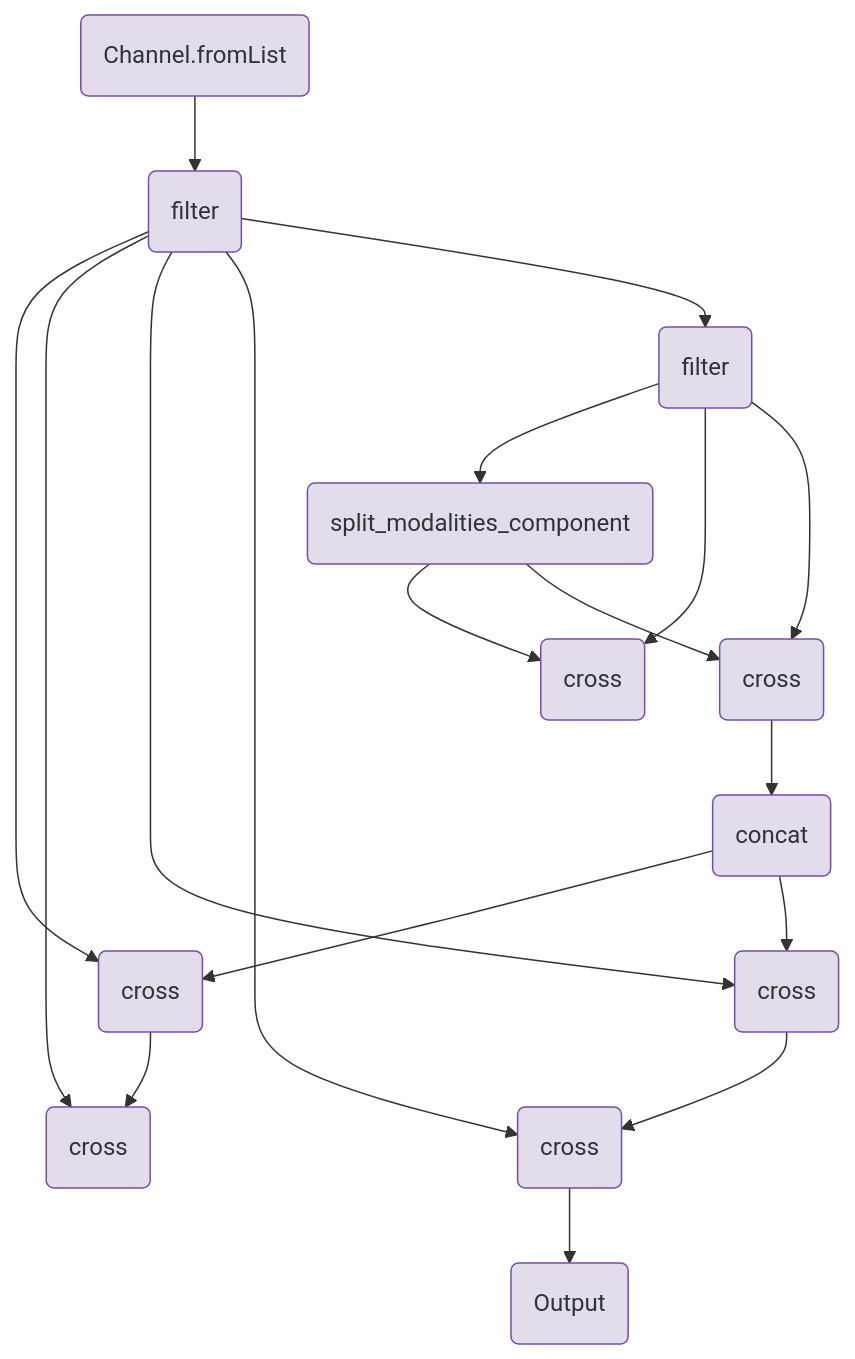
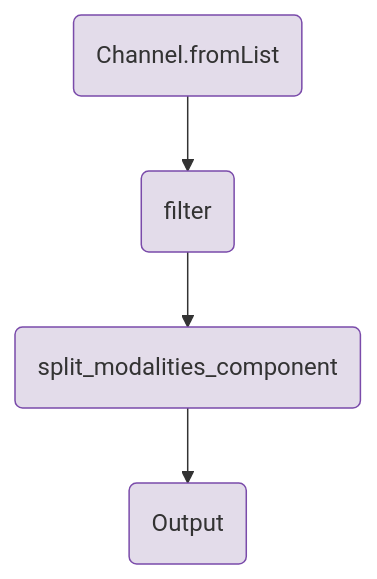
Before and after one commit to openpipelines-bio/website: the diagram in components/workflows/multiomics/split_modalities.qmd, drawn with Mermaid. The commit also changed other lines of this file and 144 other files, not shown here.

````diff
--- a/components/workflows/multiomics/split_modalities.qmd
+++ b/components/workflows/multiomics/split_modalities.qmd
@@ -95,45 +93,15 @@
 ```{mermaid}
 flowchart TB
     v0(Channel.fromList)
     v2(filter)
-    v13(filter)
     v18(split_modalities_component)
-    v25(cross)
-    v35(cross)
-    v45(concat)
-    v52(cross)
-    v59(cross)
-    v71(cross)
-    v78(cross)
-    v82(Output)
+    v51(Output)
     v0-->v2
-    v13-->v18
-    v18-->v25
-    v13-->v25
-    v13-->v35
-    v45-->v52
-    v2-->v52
-    v52-->v59
-    v2-->v59
-    v2-->v71
-    v71-->v78
-    v2-->v78
-    v78-->v82
-    v2-->v13
-    v35-->v45
-    v18-->v35
-    v45-->v71
+    v2-->v18
+    v18-->v51
     style v0 fill:#e3dcea,stroke:#7a4baa;
     style v2 fill:#e3dcea,stroke:#7a4baa;
-    style v13 fill:#e3dcea,stroke:#7a4baa;
     style v18 fill:#e3dcea,stroke:#7a4baa;
-    style v25 fill:#e3dcea,stroke:#7a4baa;
-    style v35 fill:#e3dcea,stroke:#7a4baa;
-    style v45 fill:#e3dcea,stroke:#7a4baa;
-    style v52 fill:#e3dcea,stroke:#7a4baa;
-    style v59 fill:#e3dcea,stroke:#7a4baa;
-    style v71 fill:#e3dcea,stroke:#7a4baa;
-    style v78 fill:#e3dcea,stroke:#7a4baa;
-    style v82 fill:#e3dcea,stroke:#7a4baa;
+    style v51 fill:#e3dcea,stroke:#7a4baa;
 
 ```
````
